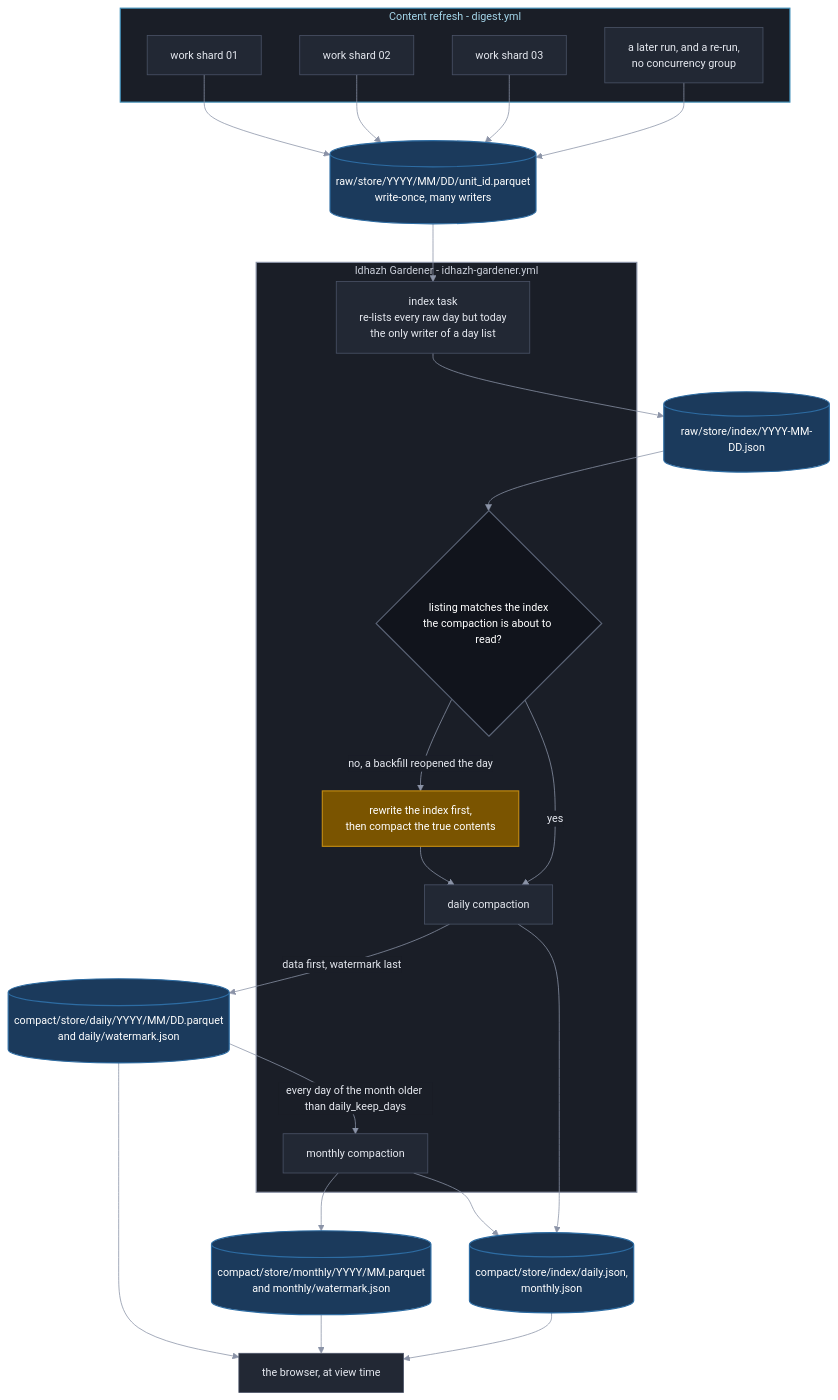
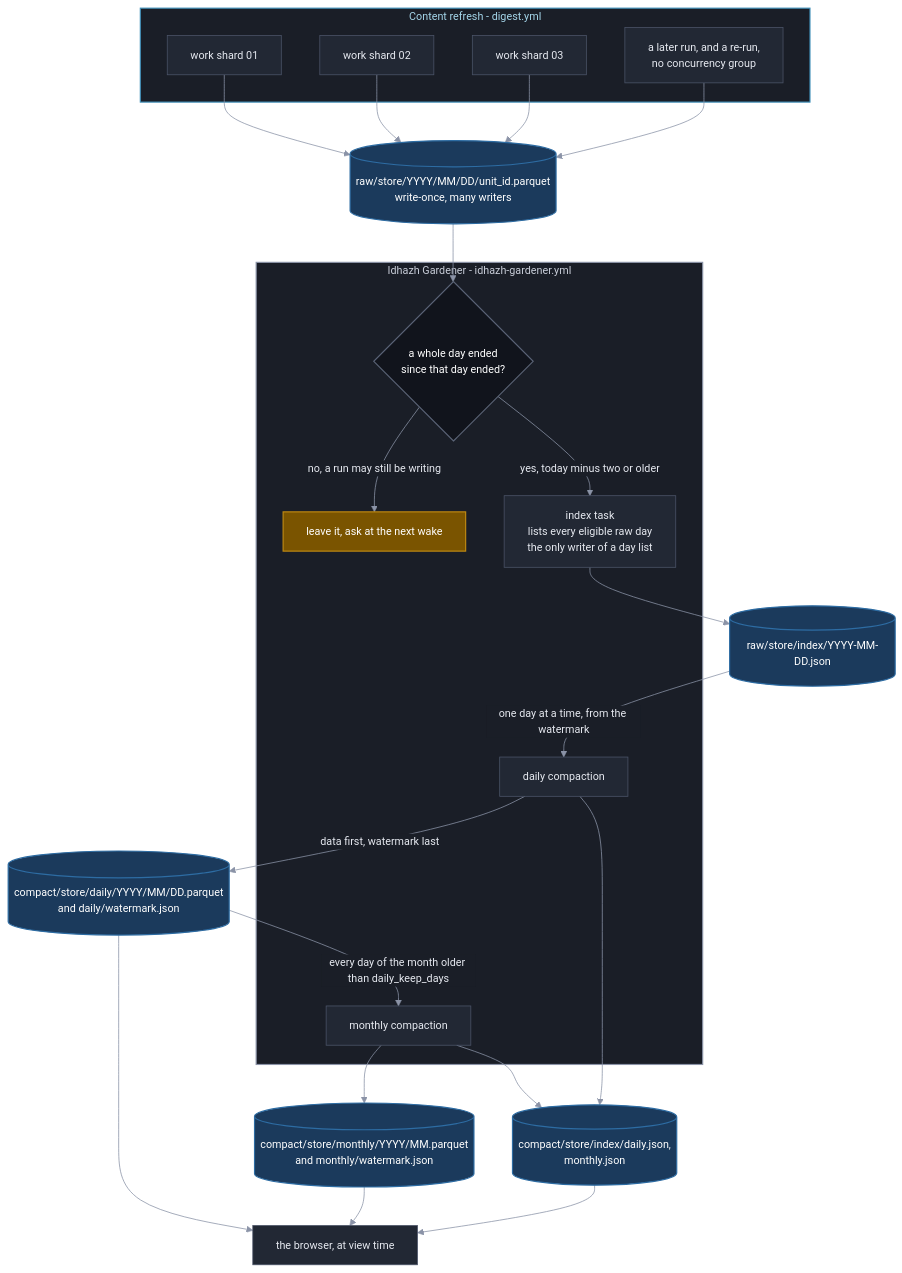
Before and after one commit to miztiik/yen-idhazh: the second of 2 diagrams in TODO/20260924-50-idhazh-gardener-plan.md, drawn with Mermaid. The commit also changed other lines of this file and 1 other file, not shown here.

````diff
--- a/TODO/20260924-50-idhazh-gardener-plan.md
+++ b/TODO/20260924-50-idhazh-gardener-plan.md
@@ -226,59 +230,58 @@
 ```mermaid
 %%{init: {"theme": "base", "themeVariables": {"background": "#0f1117", "primaryColor": "#222834", "primaryTextColor": "#e6e9f0", "primaryBorderColor": "#4b5468", "lineColor": "#8b93a7", "textColor": "#e6e9f0", "clusterBkg": "#1a1e27", "clusterBorder": "#3a4254", "titleColor": "#e6e9f0", "edgeLabelBackground": "#1a1e27", "fontSize": "14px"}}}%%
 flowchart TB
   subgraph REFRESH["Content refresh - digest.yml"]
     W1["work shard 01"]
     W2["work shard 02"]
     W3["work shard 03"]
     WN["a later run, and a re-run,<br/>no concurrency group"]
   end
 
   RAWF[("raw/store/YYYY/MM/DD/unit_id.parquet<br/>write-once, many writers")]
 
   subgraph GARDEN["Idhazh Gardener - idhazh-gardener.yml"]
-    IDXJOB["index task<br/>re-lists every raw day but today<br/>the only writer of a day list"]
-    GATE{"listing matches the index<br/>the compaction is about to read?"}
-    RELIST["rewrite the index first,<br/>then compact the true contents"]
+    IDXJOB["index task<br/>lists every eligible raw day<br/>the only writer of a day list"]
+    GATE{"a whole day ended<br/>since that day ended?"}
+    HOLD["leave it, ask at the next wake"]
     CD["daily compaction"]
     CM["monthly compaction"]
   end
 
   RIDXF[("raw/store/index/YYYY-MM-DD.json")]
   DAILY[("compact/store/daily/YYYY/MM/DD.parquet<br/>and daily/watermark.json")]
   MONTHLY[("compact/store/monthly/YYYY/MM.parquet<br/>and monthly/watermark.json")]
   CIDXF[("compact/store/index/daily.json,<br/>monthly.json")]
   READER["the browser, at view time"]
 
   W1 --> RAWF
   W2 --> RAWF
   W3 --> RAWF
   WN --> RAWF
-  RAWF --> IDXJOB
+  RAWF --> GATE
+  GATE -->|"no, a run may still be writing"| HOLD
+  GATE -->|"yes, today minus two or older"| IDXJOB
   IDXJOB --> RIDXF
-  RIDXF --> GATE
-  GATE -->|"no, a backfill reopened the day"| RELIST
-  GATE -->|"yes"| CD
-  RELIST --> CD
+  RIDXF -->|"one day at a time, from the watermark"| CD
   CD -->|"data first, watermark last"| DAILY
   DAILY -->|"every day of the month older than daily_keep_days"| CM
   CM --> MONTHLY
   CD --> CIDXF
   CM --> CIDXF
   MONTHLY --> READER
   DAILY --> READER
   CIDXF --> READER
 
   classDef stage fill:#222834,stroke:#4b5468,stroke-width:1px,color:#e6e9f0;
   classDef decision fill:#11141c,stroke:#5b6477,stroke-width:1.5px,color:#ffffff;
   classDef warn fill:#7a5400,stroke:#c08a12,stroke-width:1.5px,color:#ffffff;
   classDef store fill:#1b3a5c,stroke:#2d6ca3,stroke-width:1.5px,color:#ffffff;
   classDef sysOps fill:#1a1e27,stroke:#8b93a7,stroke-width:1.5px,color:#c8cdd8;
   classDef sysPublish fill:#1a1e27,stroke:#3f8fb8,stroke-width:1.5px,color:#a5d6ea;
 
   class W1,W2,W3,WN,IDXJOB,CD,CM,READER stage;
   class GATE decision;
-  class RELIST warn;
+  class HOLD warn;
   class RAWF,RIDXF,DAILY,MONTHLY,CIDXF store;
   class REFRESH sysPublish;
   class GARDEN sysOps;
 ```
````
